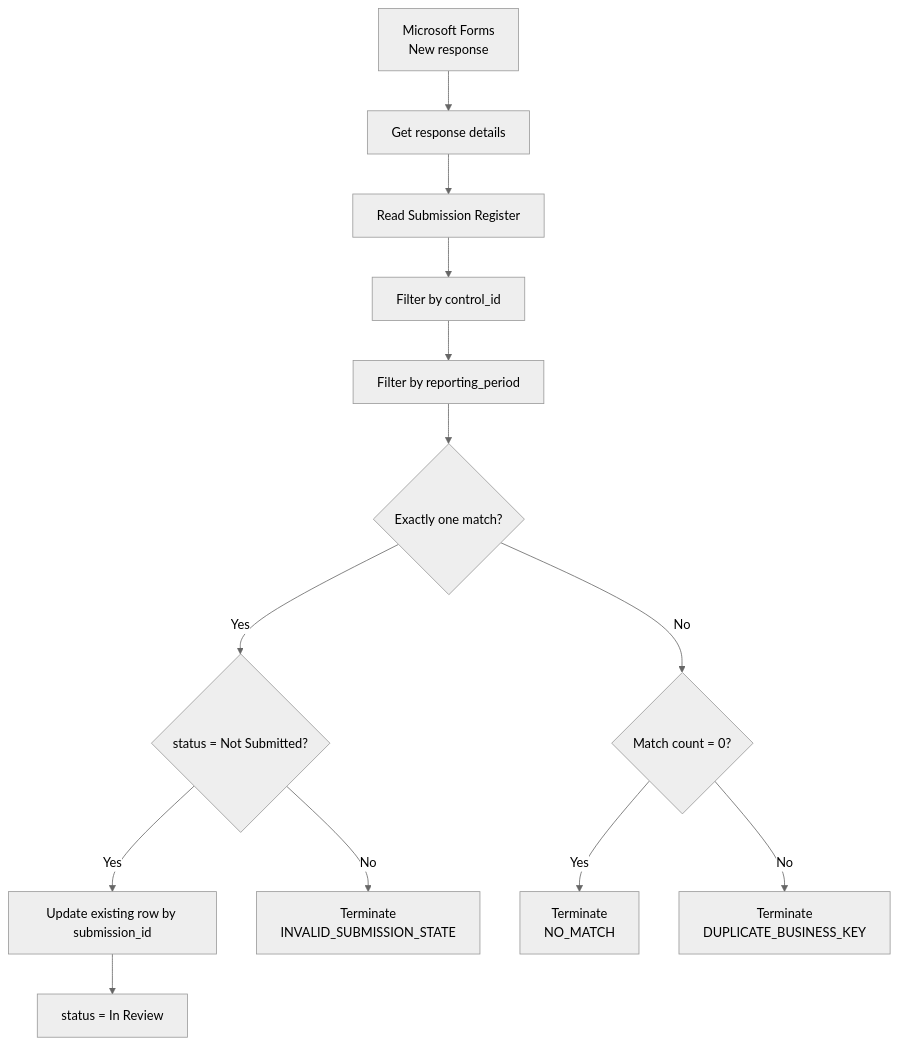
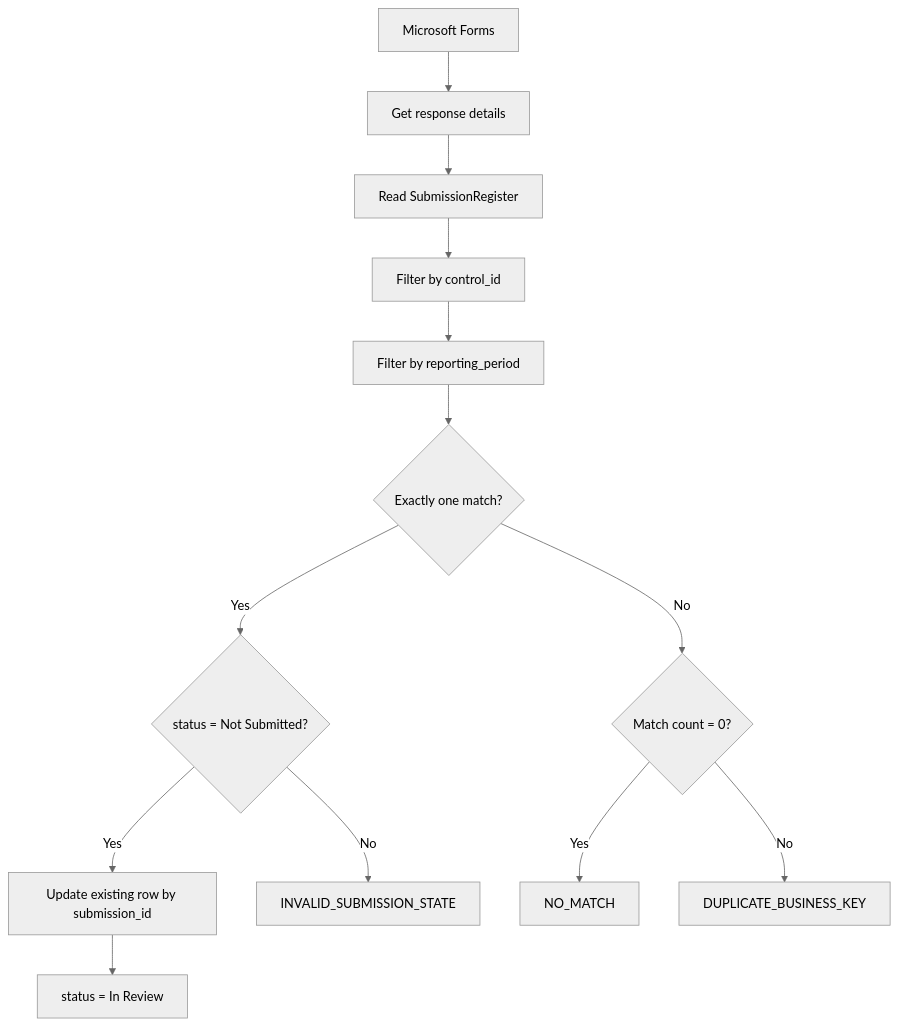
One commit to gw-ai-security/cyber-governance-automation-lab changed the third of 4 diagrams in docs/architecture.md. Above: the diagram before and after it, drawn with Mermaid (neutral theme). The commit also changed other lines of this file, not shown here.

Commit message:
docs: align architecture with current phase boundaries

````diff
--- a/docs/architecture.md
+++ b/docs/architecture.md
@@ -132,17 +134,17 @@
 ```mermaid
 flowchart TD
-    A[Microsoft Forms<br/>New response] --> B[Get response details]
-    B --> C[Read Submission Register]
+    A[Microsoft Forms] --> B[Get response details]
+    B --> C[Read SubmissionRegister]
     C --> D[Filter by control_id]
     D --> E[Filter by reporting_period]
     E --> F{Exactly one match?}
 
     F -->|Yes| G{status = Not Submitted?}
     G -->|Yes| H[Update existing row by submission_id]
     H --> I[status = In Review]
-    G -->|No| J[Terminate<br/>INVALID_SUBMISSION_STATE]
+    G -->|No| J[INVALID_SUBMISSION_STATE]
 
     F -->|No| K{Match count = 0?}
-    K -->|Yes| L[Terminate<br/>NO_MATCH]
-    K -->|No| M[Terminate<br/>DUPLICATE_BUSINESS_KEY]
+    K -->|Yes| L[NO_MATCH]
+    K -->|No| M[DUPLICATE_BUSINESS_KEY]
 ```
````
